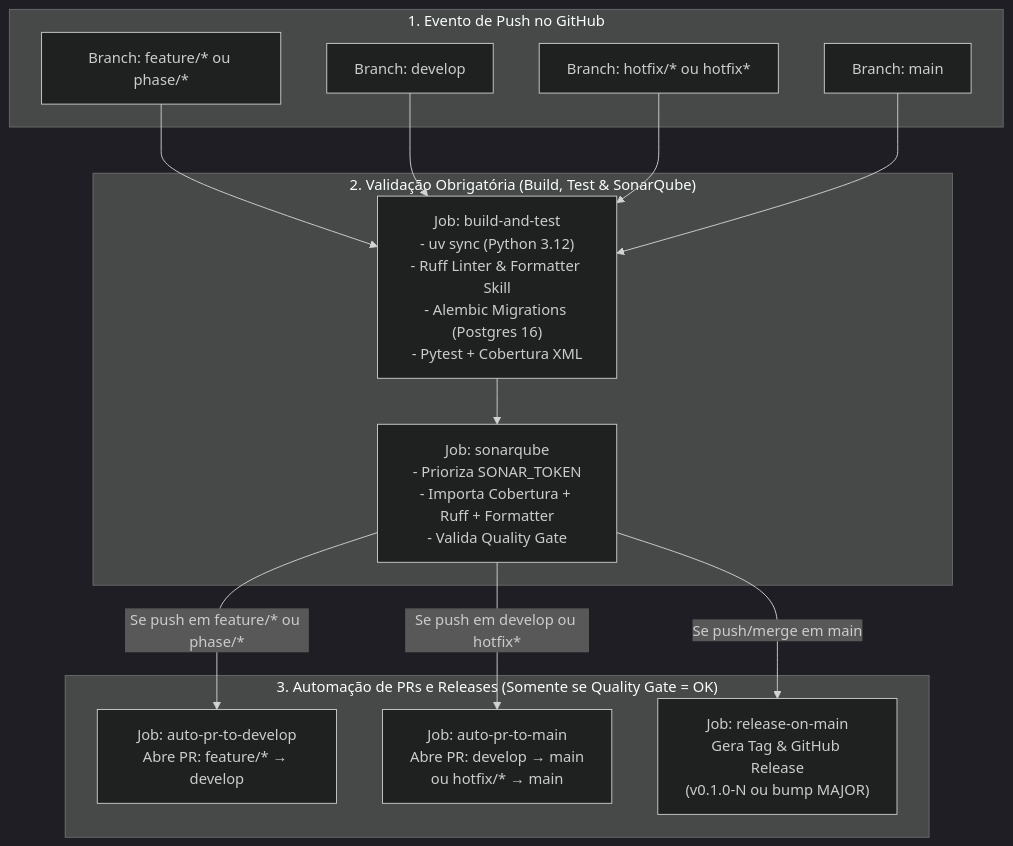
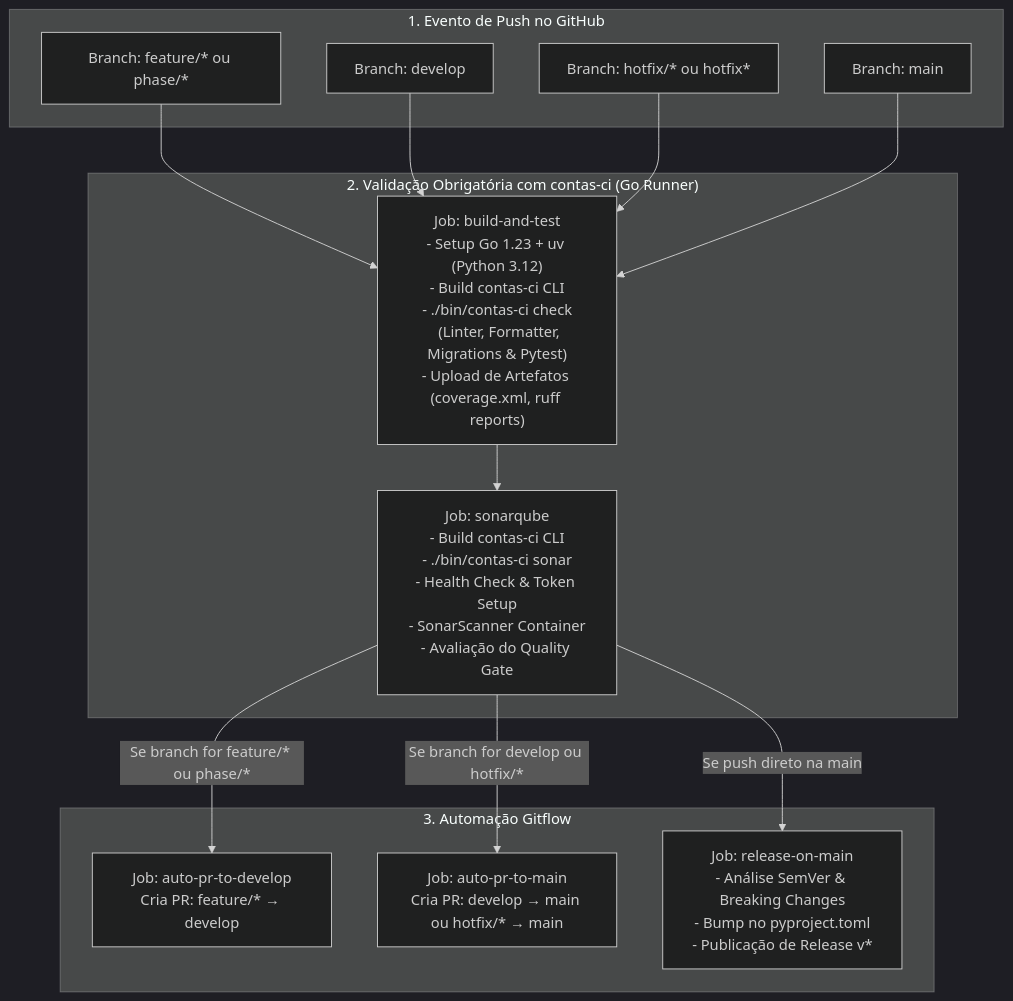
One commit to castrocristiano/contas changed the diagram in wiki/07-Gitflow-e-CI-CD.md. Above: the diagram before and after it, drawn with Mermaid (dark theme). The commit also changed other lines of this file and 43 other files, not shown here.

First line of the commit message:
chore: merge develop into main (#58)

````diff
--- a/wiki/07-Gitflow-e-CI-CD.md
+++ b/wiki/07-Gitflow-e-CI-CD.md
@@ -22,30 +22,30 @@
 ```mermaid
 flowchart TD
     subgraph PushEvents["1. Evento de Push no GitHub"]
         FeatBranch["Branch: feature/* ou phase/*"]
         DevBranch["Branch: develop"]
         HotfixBranch["Branch: hotfix/* ou hotfix*"]
         MainBranch["Branch: main"]
     end
 
-    subgraph QualityPipeline["2. Validação Obrigatória (Build, Test & SonarQube)"]
-        BuildTest["Job: build-and-test<br>- uv sync (Python 3.12)<br>- Ruff Linter & Formatter Skill<br>- Alembic Migrations (Postgres 16)<br>- Pytest + Cobertura XML"]
-        SonarGate["Job: sonarqube<br>- Prioriza SONAR_TOKEN<br>- Importa Cobertura + Ruff + Formatter<br>- Valida Quality Gate"]
+    subgraph QualityPipeline["2. Validação Obrigatória com contas-ci (Go Runner)"]
+        BuildTest["Job: build-and-test<br>- Setup Go 1.23 + uv (Python 3.12)<br>- Build contas-ci CLI<br>- ./bin/contas-ci check<br>  (Linter, Formatter, Migrations & Pytest)<br>- Upload de Artefatos (coverage.xml, ruff reports)"]
+        SonarGate["Job: sonarqube<br>- Build contas-ci CLI<br>- ./bin/contas-ci sonar<br>- Health Check & Token Setup<br>- SonarScanner Container<br>- Avaliação do Quality Gate"]
         BuildTest --> SonarGate
+    end
+
+    subgraph GitflowActions["3. Automação Gitflow"]
+        AutoPRDev["Job: auto-pr-to-develop<br>Cria PR: feature/* → develop"]
+        AutoPRMain["Job: auto-pr-to-main<br>Cria PR: develop → main ou hotfix/* → main"]
+        ReleaseMain["Job: release-on-main<br>- Análise SemVer & Breaking Changes<br>- Bump no pyproject.toml<br>- Publicação de Release v*"]
     end
 
     FeatBranch --> BuildTest
     DevBranch --> BuildTest
     HotfixBranch --> BuildTest
     MainBranch --> BuildTest
 
-    subgraph AutomationJobs["3. Automação de PRs e Releases (Somente se Quality Gate = OK)"]
-        PRToDev["Job: auto-pr-to-develop<br>Abre PR: feature/* → develop"]
-        PRToMain["Job: auto-pr-to-main<br>Abre PR: develop → main<br>ou hotfix/* → main"]
-        ReleaseJob["Job: release-on-main<br>Gera Tag & GitHub Release<br>(v0.1.0-N ou bump MAJOR)"]
-    end
-
-    SonarGate -->|Se push em feature/* ou phase/*| PRToDev
-    SonarGate -->|Se push em develop ou hotfix*| PRToMain
-    SonarGate -->|Se push/merge em main| ReleaseJob
+    SonarGate -->|Se branch for feature/* ou phase/*| AutoPRDev
+    SonarGate -->|Se branch for develop ou hotfix/*| AutoPRMain
+    SonarGate -->|Se push direto na main| ReleaseMain
 ```
````
